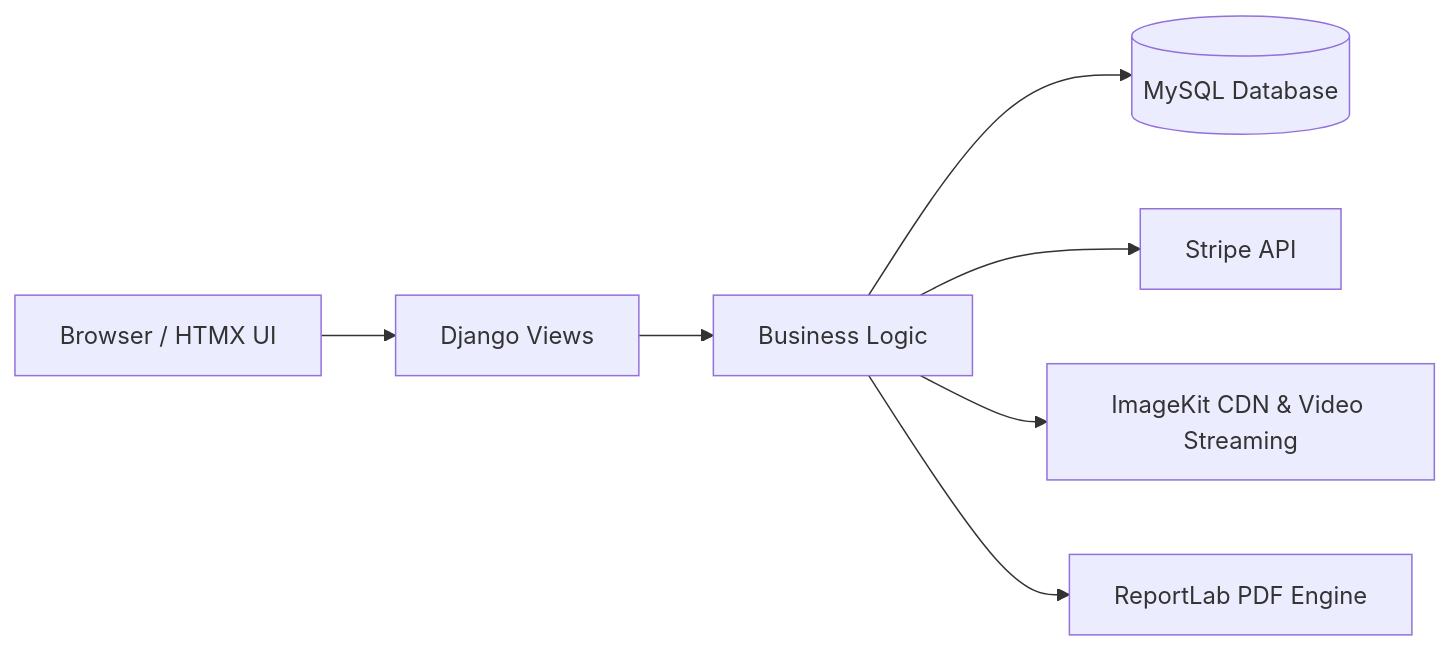
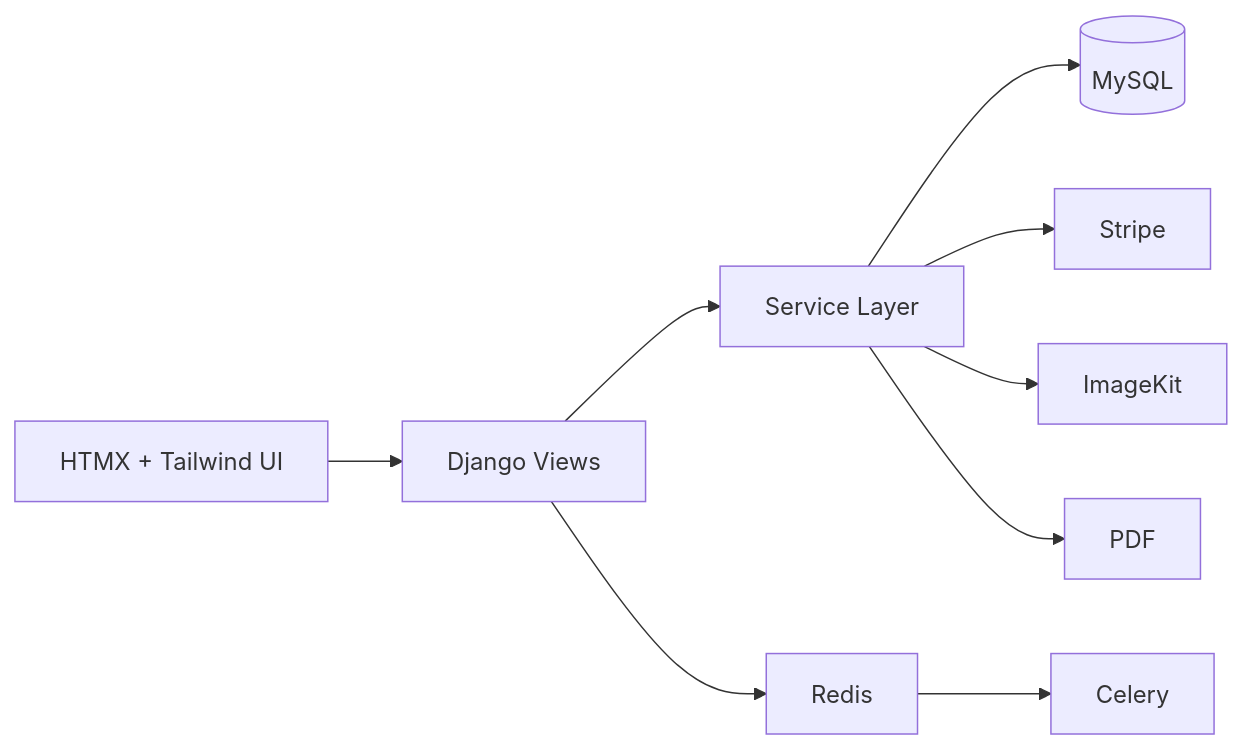
The first of 8 diagrams in Full-Stack/Build-an-LMS-with-HTMX-Django.md (seanwhs/Tutorials), drawn with Mermaid before and after one commit. The commit also changed other lines of this file, not shown here.

````diff
--- a/Full-Stack/Build-an-LMS-with-HTMX-Django.md
+++ b/Full-Stack/Build-an-LMS-with-HTMX-Django.md
@@ -70,9 +95,12 @@
 ```mermaid
 flowchart LR
-    A[Browser / HTMX UI] --> B[Django Views]
-    B --> C[Business Logic]
-    C --> D[(MySQL Database)]
-    C --> E[Stripe API]
-    C --> F[ImageKit CDN & Video Streaming]
-    C --> G[ReportLab PDF Engine]
+    Browser[HTMX + Tailwind UI]
+    Browser --> Django[Django Views]
+    Django --> Services[Service Layer]
+    Services --> DB[(MySQL)]
+    Services --> Stripe
+    Services --> ImageKit
+    Services --> PDF
+    Django --> Redis
+    Redis --> Celery
 ```
````
